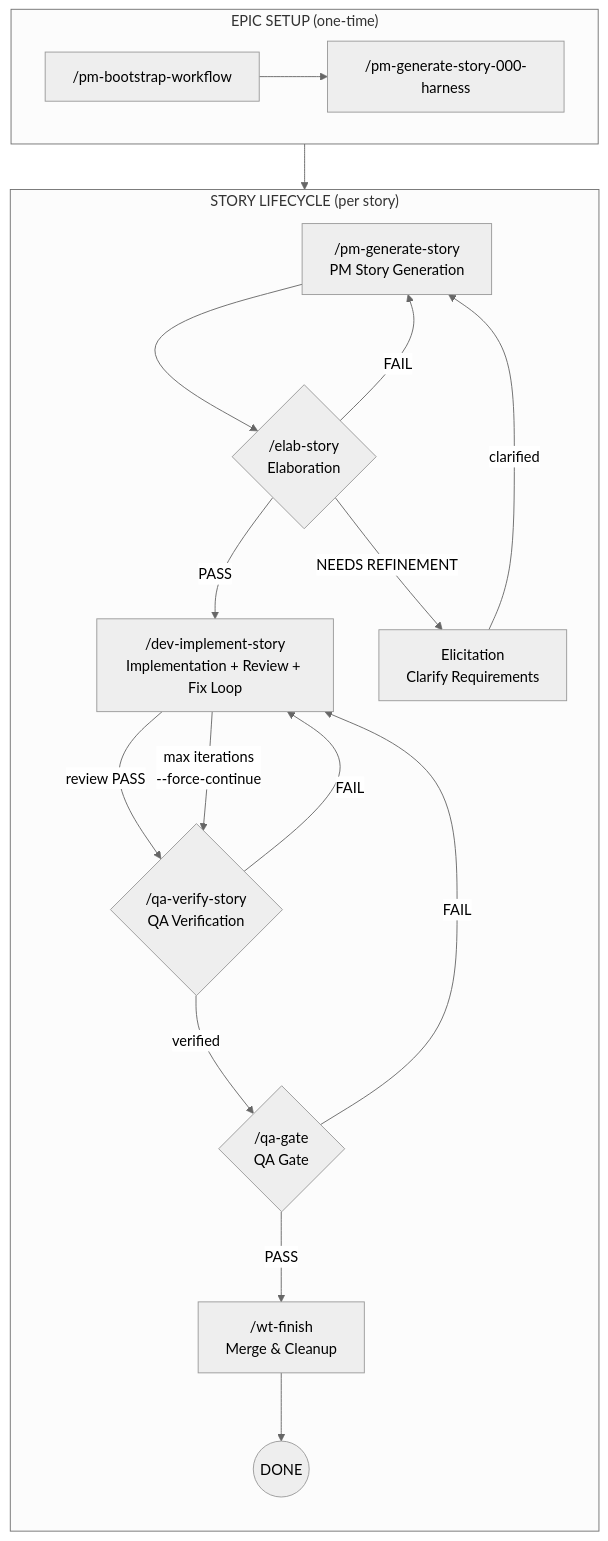
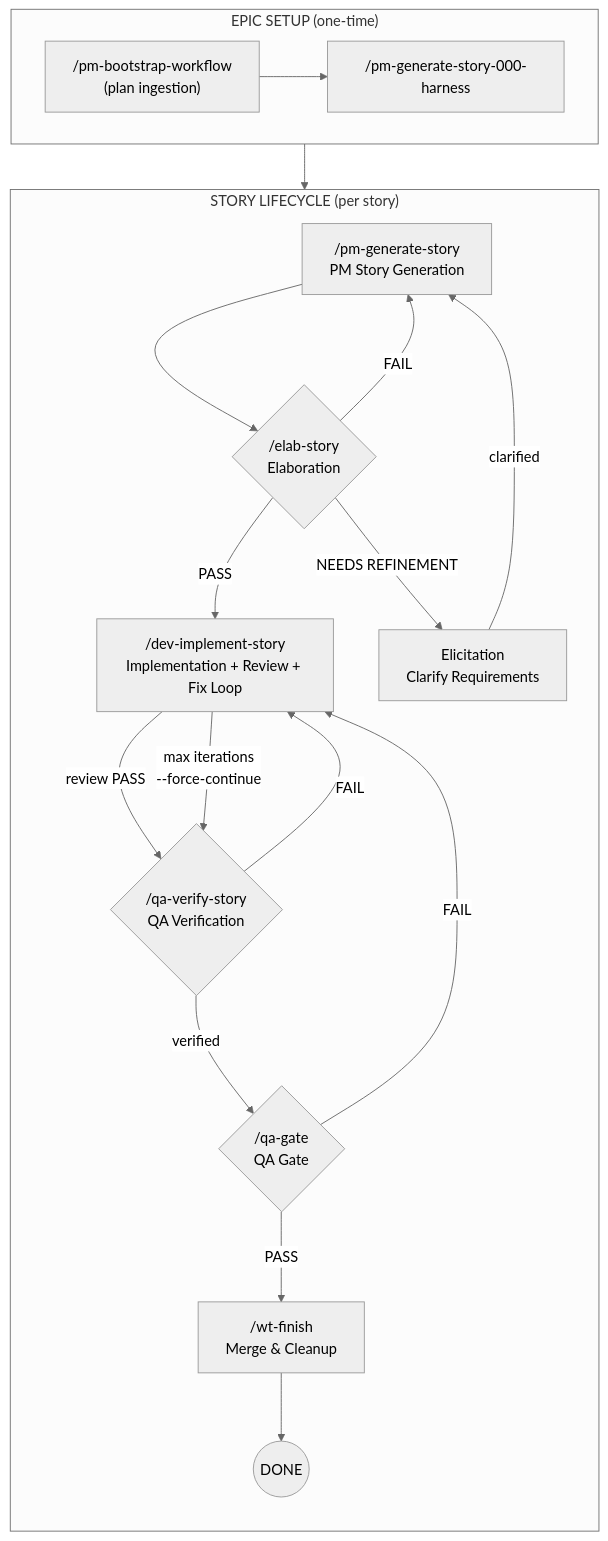
Before and after one commit to michael-menard/monorepo: the second of 2 diagrams in docs/workflow/README.md, drawn with Mermaid (neutral theme). The commit also changed other lines of this file and 10 other files, not shown here.

````diff
--- a/docs/workflow/README.md
+++ b/docs/workflow/README.md
@@ -107,31 +107,31 @@
 ```mermaid
 flowchart TB
     subgraph Setup["EPIC SETUP (one-time)"]
         direction LR
-        A["/pm-bootstrap-workflow"] --> B["/pm-generate-story-000-harness"]
+        A["/pm-bootstrap-workflow<br/>(plan ingestion)"] --> B["/pm-generate-story-000-harness"]
     end
 
     subgraph Lifecycle["STORY LIFECYCLE (per story)"]
         direction TB
         C["/pm-generate-story<br/>PM Story Generation"] --> D{"/elab-story<br/>Elaboration"}
 
         D -->|PASS| E["/dev-implement-story<br/>Implementation + Review + Fix Loop"]
         D -->|NEEDS REFINEMENT| K["Elicitation<br/>Clarify Requirements"]
         D -->|FAIL| C
 
         K -->|clarified| C
 
         E -->|"review PASS"| G{"/qa-verify-story<br/>QA Verification"}
         E -->|"max iterations<br/>--force-continue"| G
 
         G -->|verified| H{"/qa-gate<br/>QA Gate"}
         G -->|FAIL| E
 
         H -->|PASS| I["/wt-finish<br/>Merge & Cleanup"]
         H -->|FAIL| E
 
         I --> J((DONE))
     end
 
     Setup --> Lifecycle
 ```
````
